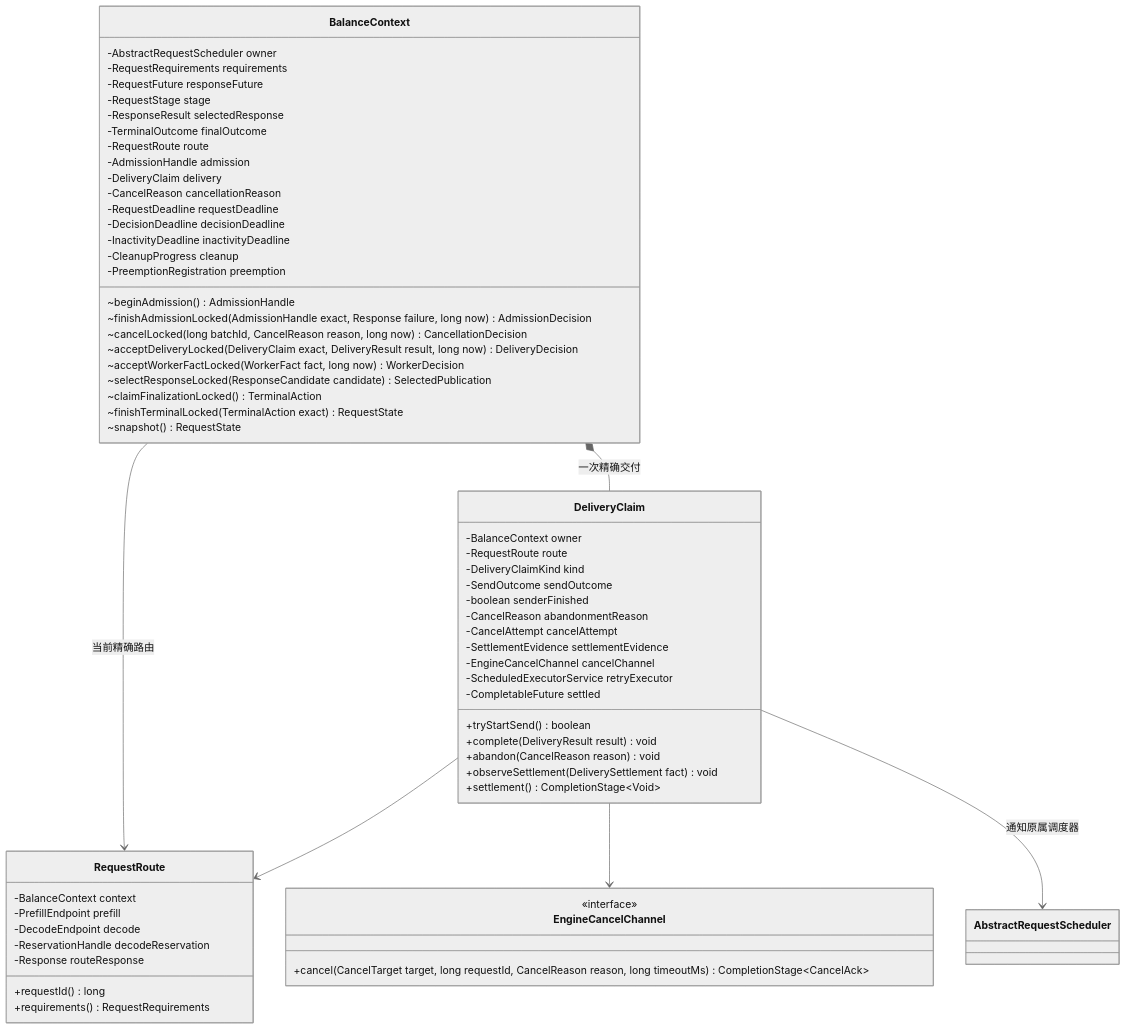
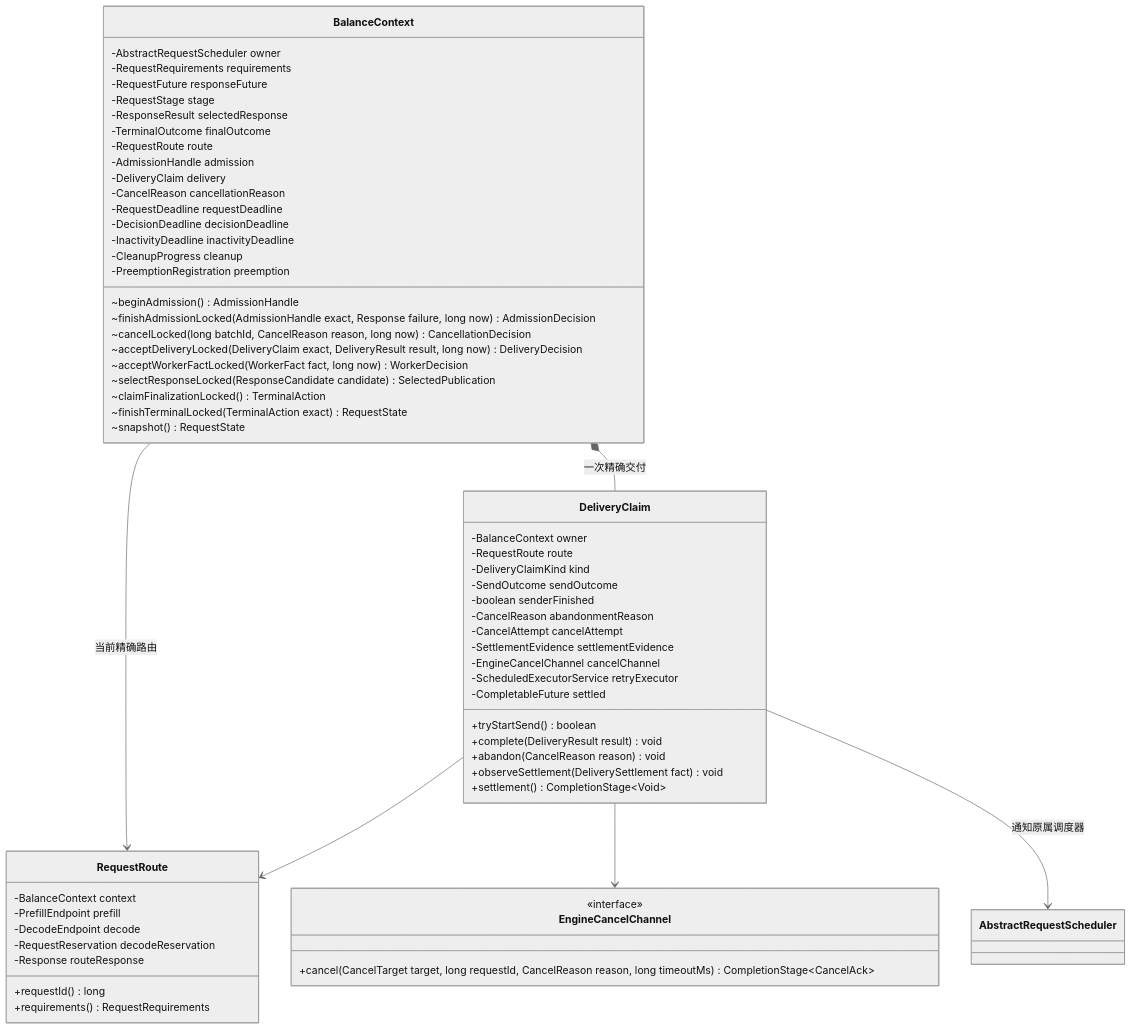
The second of 2 diagrams in rtp_llm/flexlb/docs/scheduler-design/target-class-api-review.md (alibaba/rtp-llm), drawn with Mermaid (neutral theme) before and after one commit. The commit also changed other lines of this file and 226 other files, not shown here.

````diff
--- a/rtp_llm/flexlb/docs/scheduler-design/target-class-api-review.md
+++ b/rtp_llm/flexlb/docs/scheduler-design/target-class-api-review.md
@@ -136,66 +136,66 @@
 ```mermaid
 classDiagram
     direction TB
     class BalanceContext {
         -AbstractRequestScheduler owner
         -RequestRequirements requirements
         -RequestFuture responseFuture
         -RequestStage stage
         -ResponseResult selectedResponse
         -TerminalOutcome finalOutcome
         -RequestRoute route
         -AdmissionHandle admission
         -DeliveryClaim delivery
         -CancelReason cancellationReason
         -RequestDeadline requestDeadline
         -DecisionDeadline decisionDeadline
         -InactivityDeadline inactivityDeadline
         -CleanupProgress cleanup
         -PreemptionRegistration preemption
         ~beginAdmission() AdmissionHandle
         ~finishAdmissionLocked(AdmissionHandle exact, Response failure, long now) AdmissionDecision
         ~cancelLocked(long batchId, CancelReason reason, long now) CancellationDecision
         ~acceptDeliveryLocked(DeliveryClaim exact, DeliveryResult result, long now) DeliveryDecision
         ~acceptWorkerFactLocked(WorkerFact fact, long now) WorkerDecision
         ~selectResponseLocked(ResponseCandidate candidate) SelectedPublication
         ~claimFinalizationLocked() TerminalAction
         ~finishTerminalLocked(TerminalAction exact) RequestState
         ~snapshot() RequestState
     }
     class DeliveryClaim {
         -BalanceContext owner
         -RequestRoute route
         -DeliveryClaimKind kind
         -SendOutcome sendOutcome
         -boolean senderFinished
         -CancelReason abandonmentReason
         -CancelAttempt cancelAttempt
         -SettlementEvidence settlementEvidence
         -EngineCancelChannel cancelChannel
         -ScheduledExecutorService retryExecutor
         -CompletableFuture settled
         +tryStartSend() boolean
         +complete(DeliveryResult result) void
         +abandon(CancelReason reason) void
         +observeSettlement(DeliverySettlement fact) void
         +settlement() CompletionStage~Void~
     }
     class RequestRoute {
         -BalanceContext context
         -PrefillEndpoint prefill
         -DecodeEndpoint decode
-        -ReservationHandle decodeReservation
+        -RequestReservation decodeReservation
         -Response routeResponse
         +requestId() long
         +requirements() RequestRequirements
     }
     class EngineCancelChannel {
         <<interface>>
         +cancel(CancelTarget target, long requestId, CancelReason reason, long timeoutMs) CompletionStage~CancelAck~
     }
     BalanceContext *-- DeliveryClaim : 一次精确交付
     BalanceContext --> RequestRoute : 当前精确路由
     DeliveryClaim --> RequestRoute
     DeliveryClaim --> EngineCancelChannel
     DeliveryClaim --> AbstractRequestScheduler : 通知原属调度器
 ```
````
